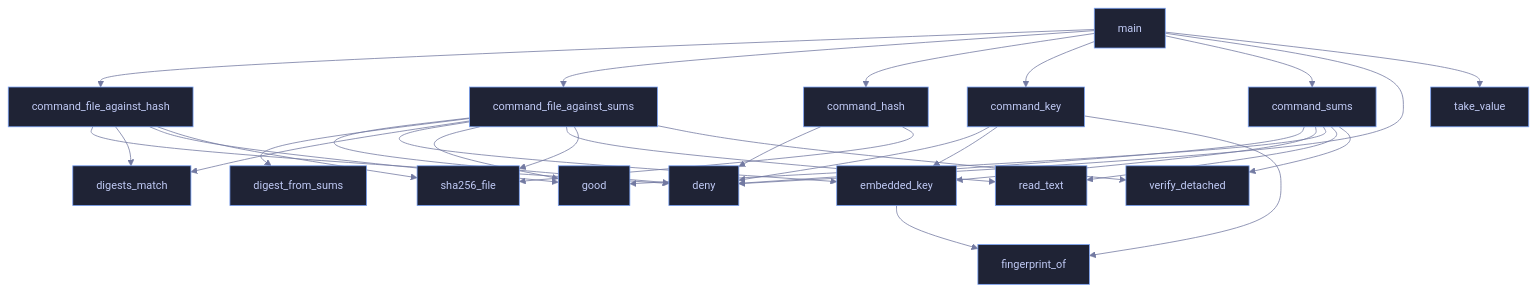
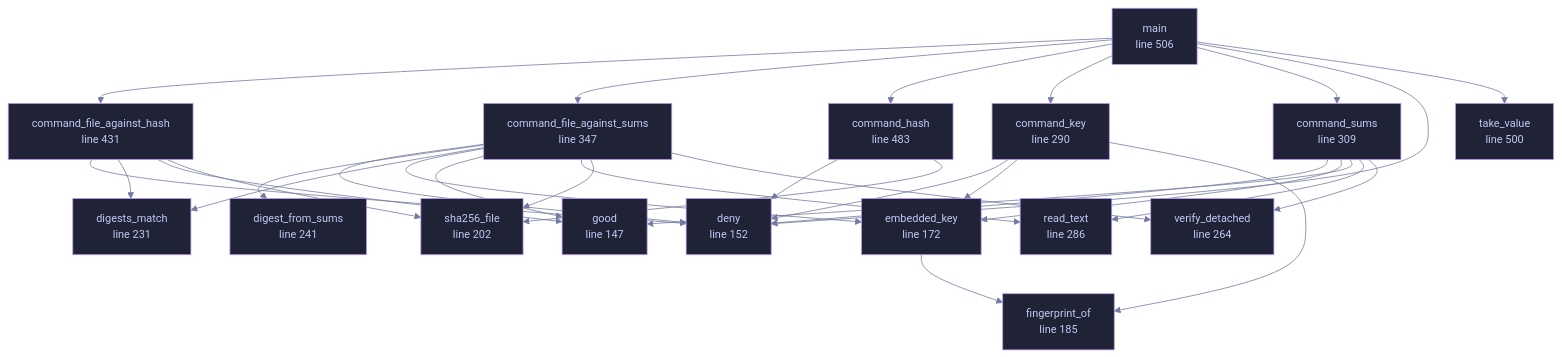
The diagram in docs/files/veilvoice-verify/main.md (tilas01/veilvoice), drawn with Mermaid before and after one commit. The commit also changed other lines of this file and 182 other files, not shown here.

````diff
--- a/docs/files/veilvoice-verify/main.md
+++ b/docs/files/veilvoice-verify/main.md
@@ -71,50 +78,52 @@
 ```mermaid
 %%{init: {"theme":"base","themeVariables":{"background":"#1a1b26","primaryColor":"#1f2335","primaryTextColor":"#c0caf5","primaryBorderColor":"#7aa2f7","secondaryColor":"#16161e","tertiaryColor":"#16161e","lineColor":"#737aa2","textColor":"#c0caf5","mainBkg":"#1f2335","nodeBorder":"#7aa2f7","clusterBkg":"#16161e","clusterBorder":"#2f3549","fontFamily":"ui-monospace, SFMono-Regular, Consolas, monospace","fontSize":"14px"}}}%%
 flowchart TD
-    n_good["good"]
-    n_deny["deny"]
-    n_embedded_key["embedded_key"]
-    n_fingerprint_of["fingerprint_of"]
-    n_sha256_file["sha256_file"]
-    n_digests_match["digests_match"]
-    n_digest_from_sums["digest_from_sums"]
-    n_verify_detached["verify_detached"]
-    n_read_text["read_text"]
-    n_command_key["command_key"]
-    n_command_sums["command_sums"]
-    n_command_file_against_sums["command_file_against_sums"]
-    n_command_file_against_hash["command_file_against_hash"]
-    n_command_hash["command_hash"]
-    n_take_value["take_value"]
-    n_main["main"]
+    n_good["good<br/>line 147"]
+    n_deny["deny<br/>line 152"]
+    n_embedded_key["embedded_key<br/>line 172"]
+    n_fingerprint_of["fingerprint_of<br/>line 185"]
+    n_sha256_file["sha256_file<br/>line 202"]
+    n_digests_match["digests_match<br/>line 231"]
+    n_digest_from_sums["digest_from_sums<br/>line 241"]
+    n_verify_detached["verify_detached<br/>line 264"]
+    n_read_text["read_text<br/>line 286"]
+    n_command_key["command_key<br/>line 290"]
+    n_command_sums["command_sums<br/>line 309"]
+    n_command_file_against_sums["command_file_against_sums<br/>line 347"]
+    n_command_file_against_hash["command_file_against_hash<br/>line 431"]
+    n_command_hash["command_hash<br/>line 483"]
+    n_take_value["take_value<br/>line 500"]
+    n_main["main<br/>line 506"]
     n_command_file_against_hash --> n_deny
     n_command_file_against_hash --> n_digests_match
     n_command_file_against_hash --> n_good
     n_command_file_against_hash --> n_sha256_file
     n_command_file_against_sums --> n_deny
     n_command_file_against_sums --> n_digest_from_sums
     n_command_file_against_sums --> n_digests_match
     n_command_file_against_sums --> n_embedded_key
     n_command_file_against_sums --> n_good
     n_command_file_against_sums --> n_read_text
     n_command_file_against_sums --> n_sha256_file
     n_command_file_against_sums --> n_verify_detached
     n_command_hash --> n_deny
     n_command_hash --> n_sha256_file
     n_command_key --> n_deny
     n_command_key --> n_embedded_key
     n_command_key --> n_fingerprint_of
     n_command_sums --> n_deny
     n_command_sums --> n_embedded_key
     n_command_sums --> n_good
     n_command_sums --> n_read_text
     n_command_sums --> n_verify_detached
     n_embedded_key --> n_fingerprint_of
     n_main --> n_command_file_against_hash
     n_main --> n_command_file_against_sums
     n_main --> n_command_hash
     n_main --> n_command_key
     n_main --> n_command_sums
     n_main --> n_deny
     n_main --> n_take_value
+    classDef helper fill:#1f2335,stroke:#bb9af7,color:#c0caf5
+    class n_good,n_deny,n_embedded_key,n_fingerprint_of,n_sha256_file,n_digests_match,n_digest_from_sums,n_verify_detached,n_read_text,n_command_key,n_command_sums,n_command_file_against_sums,n_command_file_against_hash,n_command_hash,n_take_value,n_main helper
 ```
````
